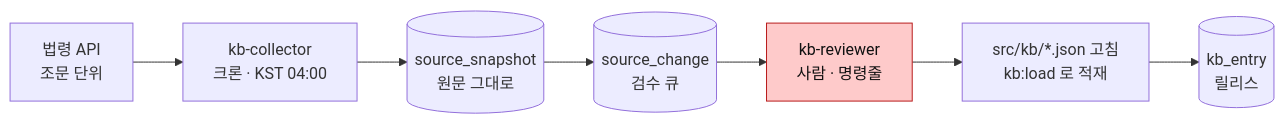
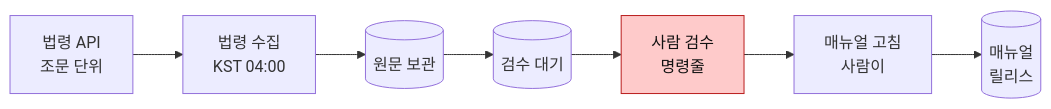
Before and after one commit to Dojaegyum/fsec-ai-challenge: the sixth of 10 diagrams in ARCHITECTURE.md, drawn with Mermaid. The commit also changed other lines of this file, not shown here.

First line of the commit message:
ARCHITECTURE.md 그림에서 코드 이름을 빼고 하는 일을 한글로 적는다 — 상자 한 줄은 한글 10자·영문 10자 안으로, 모듈 이름은 그림 아래 표로, 머리말·「이 문서의 자리」·설명조 문장은 없앤다

````diff
--- a/ARCHITECTURE.md
+++ b/ARCHITECTURE.md
@@ -262,11 +241,11 @@
 ```mermaid
 flowchart LR
-    LAW["법령 API<br/>조문 단위"] --> COL["kb-collector<br/>크론 · KST 04:00"]
-    COL --> SNAP[("source_snapshot<br/>원문 그대로")]
-    SNAP --> CHG[("source_change<br/>검수 큐")]
-    CHG --> REV["kb-reviewer<br/>사람 · 명령줄"]
-    REV --> FILE["src/kb/*.json 고침<br/>kb:load 로 적재"]
-    FILE --> KB[("kb_entry<br/>릴리스")]
+    LAW["법령 API<br/>조문 단위"] --> COL["법령 수집<br/>KST 04:00"]
+    COL --> SNAP[("원문 보관")]
+    SNAP --> CHG[("검수 대기")]
+    CHG --> REV["사람 검수<br/>명령줄"]
+    REV --> FILE["매뉴얼 고침<br/>사람이"]
+    FILE --> KB[("매뉴얼<br/>릴리스")]
 
     style REV fill:#fecaca,stroke:#b91c1c,color:#111
 ```
````
